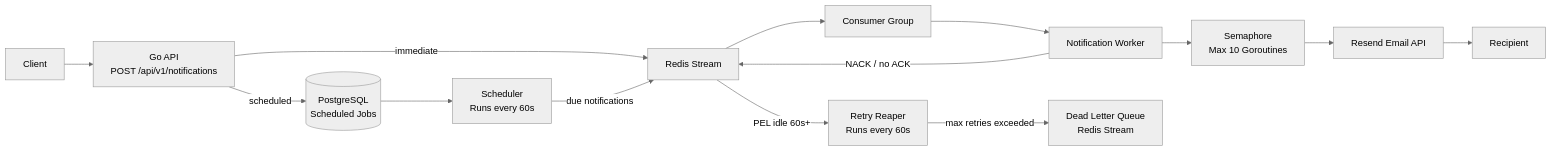
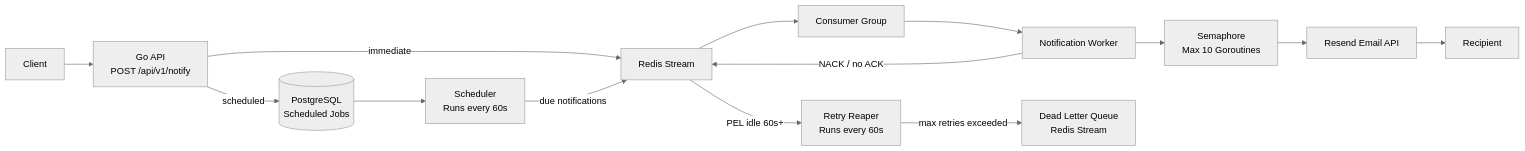
The first of 2 diagrams in README.md (Habeebamoo/intunel), drawn with Mermaid (neutral theme) before and after one commit. The commit also changed other lines of this file and 6 other files, not shown here.

````diff
--- a/README.md
+++ b/README.md
@@ -9,29 +9,29 @@
 ```mermaid
 flowchart LR
     Client[Client]
-    API["Go API\nPOST /api/v1/notifications"]
+    API["Go API\nPOST /api/v1/notify"]
     Stream["Redis Stream"]
     Group["Consumer Group"]
     Worker["Notification Worker"]
     Semaphore["Semaphore\nMax 10 Goroutines"]
     Reaper["Retry Reaper\nRuns every 60s"]
     Scheduler["Scheduler\nRuns every 60s"]
     Postgres[("PostgreSQL\nScheduled Jobs")]
     DLQ["Dead Letter Queue\nRedis Stream"]
     Email["Resend Email API"]
     Recipient[Recipient]
 
     Client --> API
     API -- "immediate" --> Stream
     API -- "scheduled" --> Postgres
     Postgres --> Scheduler
     Scheduler -- "due notifications" --> Stream
     Stream --> Group
     Group --> Worker
     Worker --> Semaphore
     Semaphore --> Email
     Email --> Recipient
     Worker -- "NACK / no ACK" --> Stream
     Stream -- "PEL idle 60s+" --> Reaper
     Reaper -- "max retries exceeded" --> DLQ
 ```
````
